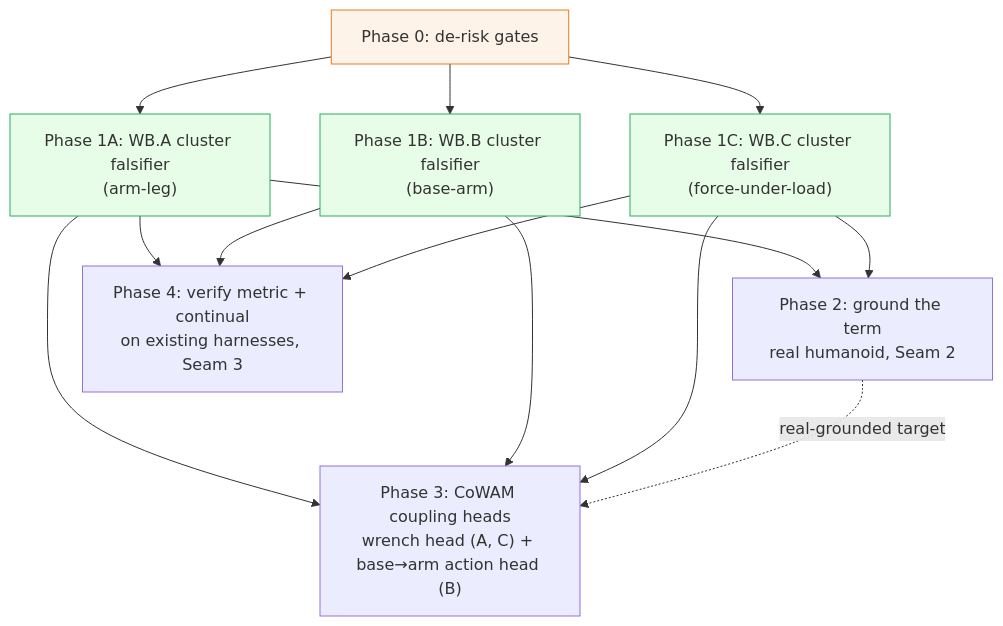
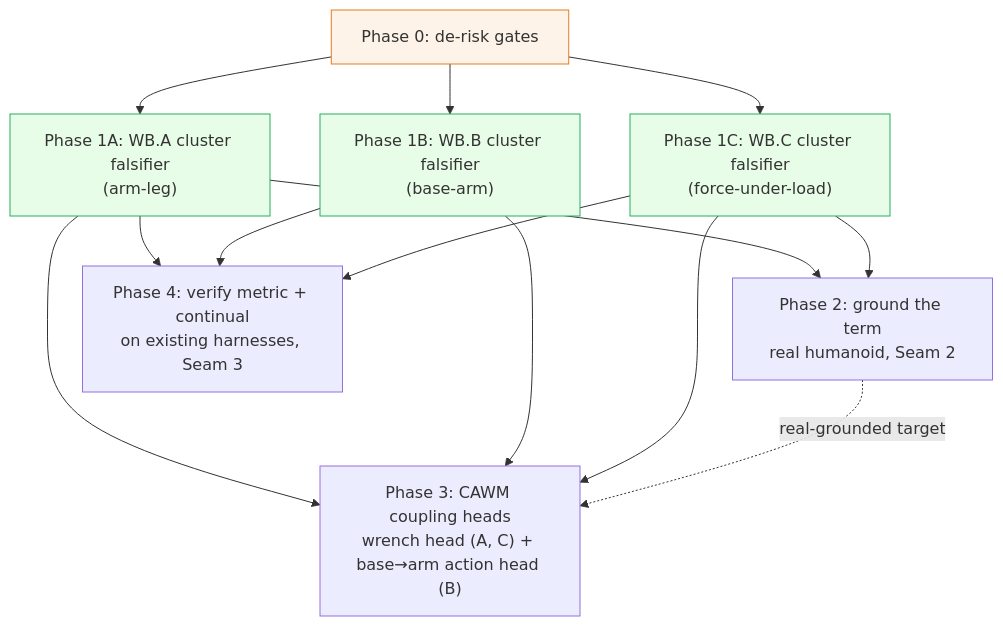
The second of 2 diagrams in _Projects_/Research-Directions/Focus-Direction-Research-Plan-detailed.md (ChuaHanChong/ResearchBrain), drawn with Mermaid before and after one commit. The commit also changed other lines of this file and 1 other file, not shown here.

First line of the commit message:
refactor(Research-Directions): rename project CoWAM to CAWM, avoid alias collision

````diff
--- a/_Projects_/Research-Directions/Focus-Direction-Research-Plan-detailed.md
+++ b/_Projects_/Research-Directions/Focus-Direction-Research-Plan-detailed.md
@@ -959,19 +959,19 @@
 ```mermaid
 graph TD
     P0["Phase 0: de-risk gates"] --> P1A["Phase 1A: WB.A cluster falsifier<br/>(arm-leg)"]
     P0 --> P1B["Phase 1B: WB.B cluster falsifier<br/>(base-arm)"]
     P0 --> P1C["Phase 1C: WB.C cluster falsifier<br/>(force-under-load)"]
     P1A --> P2["Phase 2: ground the term<br/>real humanoid, Seam 2"]
     P1C --> P2
-    P1A --> P3["Phase 3: CoWAM coupling heads<br/>wrench head (A, C) + base→arm action head (B)"]
+    P1A --> P3["Phase 3: CAWM coupling heads<br/>wrench head (A, C) + base→arm action head (B)"]
     P1B --> P3
     P1C --> P3
     P2 -.->|real-grounded target| P3
     P1A --> P4["Phase 4: verify metric + continual<br/>on existing harnesses, Seam 3"]
     P1B --> P4
     P1C --> P4
     style P1A fill:#e8fde8,stroke:#27ae60
     style P1B fill:#e8fde8,stroke:#27ae60
     style P1C fill:#e8fde8,stroke:#27ae60
     style P0 fill:#fdf3e8,stroke:#e67e22
 ```
````
